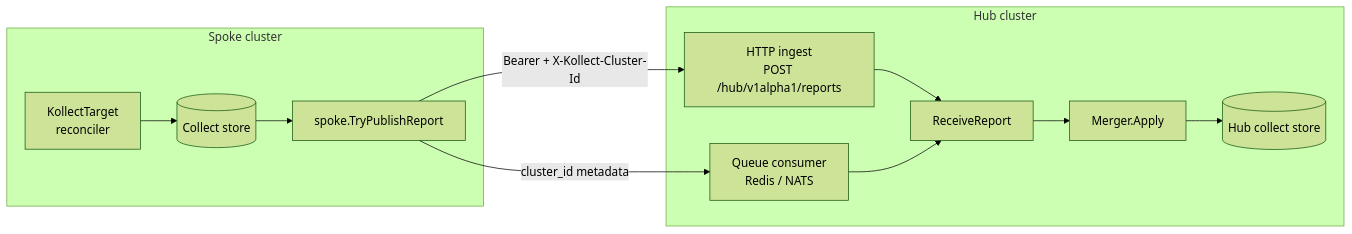
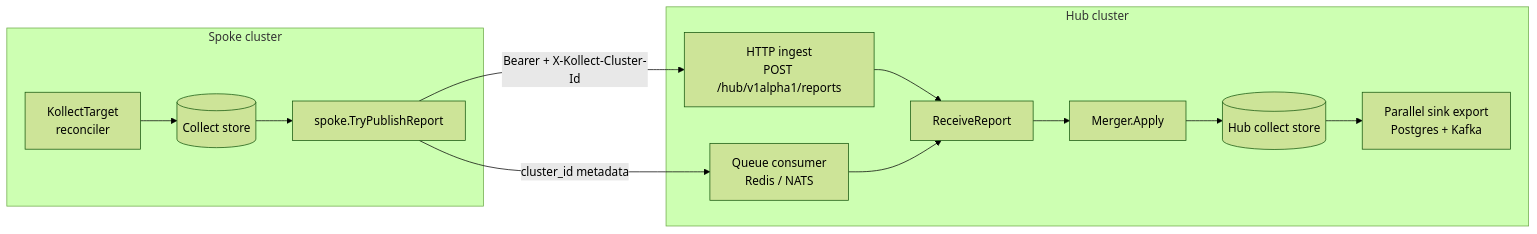
Before and after one commit to konih/kollect: the seventh of 11 diagrams in docs/DATA-FLOWS.md, drawn with Mermaid (forest theme). The commit also changed other lines of this file and 7 other files, not shown here.

First line of the commit message:
:page_facing_up: docs: polish CR reference and hub data flows

````diff
--- a/docs/DATA-FLOWS.md
+++ b/docs/DATA-FLOWS.md
@@ -201,25 +201,27 @@
 ```mermaid
 flowchart LR
   subgraph spoke [Spoke cluster]
     Tgt[KollectTarget<br/>reconciler]
     Store[(Collect store)]
     Pub[spoke.TryPublishReport]
     Tgt --> Store
     Store --> Pub
   end
 
   subgraph hub [Hub cluster]
     HTTP[HTTP ingest<br/>POST /hub/v1alpha1/reports]
     Queue[Queue consumer<br/>Redis / NATS]
     Recv[ReceiveReport]
     Merge[Merger.Apply]
     HubStore[(Hub collect store)]
     HTTP --> Recv
     Queue --> Recv
     Recv --> Merge
     Merge --> HubStore
+  Export[Parallel sink export<br/>Postgres + Kafka]
+  HubStore --> Export
   end
 
   Pub -->|Bearer + X-Kollect-Cluster-Id| HTTP
   Pub -->|cluster_id metadata| Queue
 ```
````
